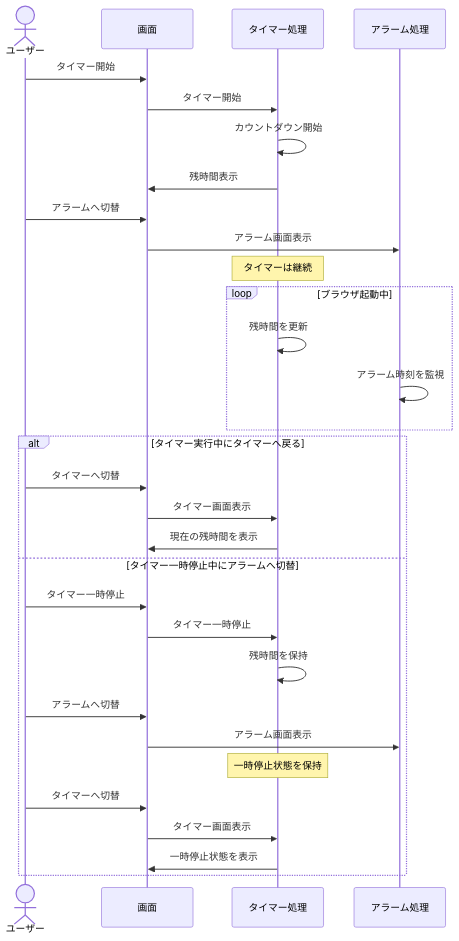
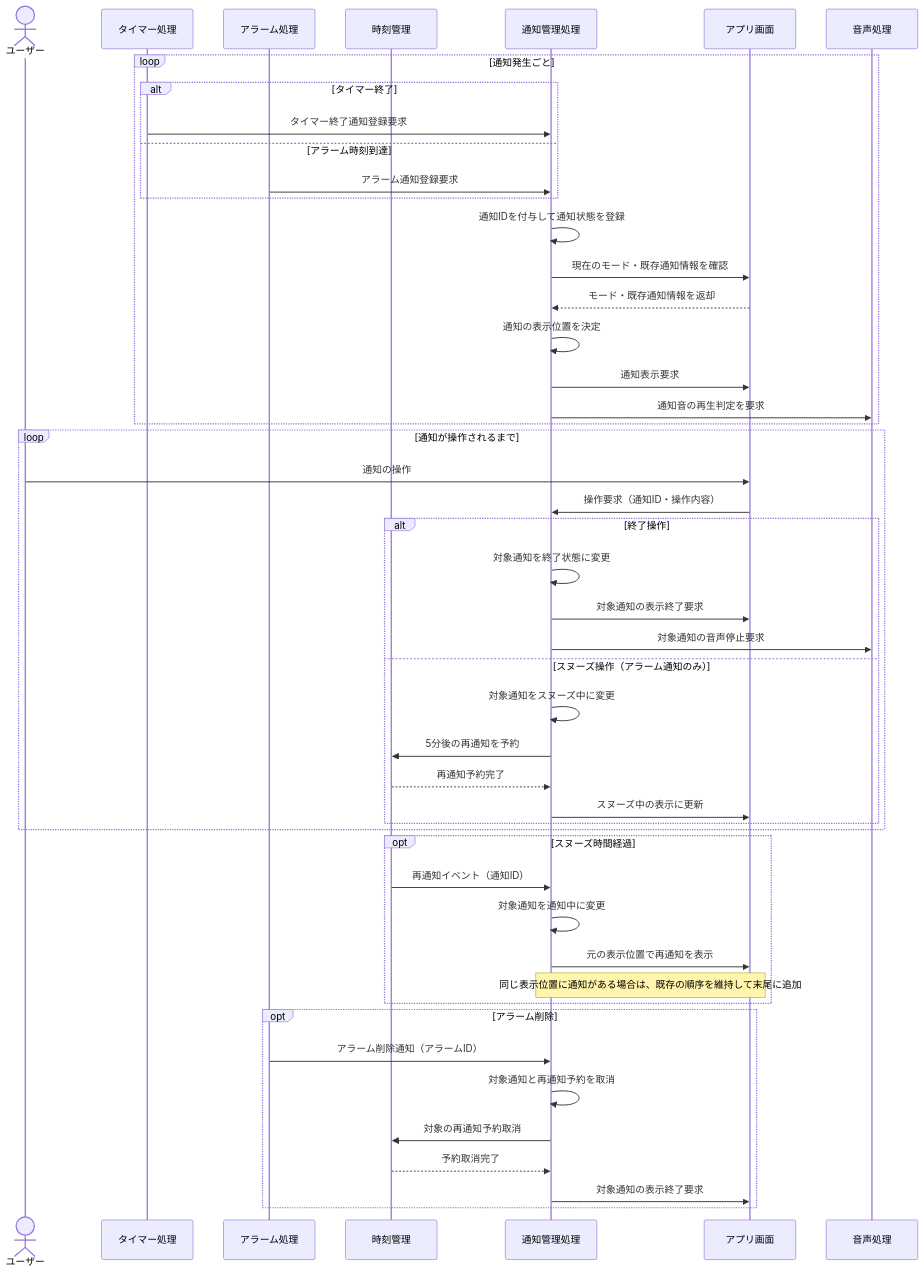
One commit to shun62201234-crypto/timerApplication changed the first of 4 diagrams in document/設計/シーケンス図/共通シーケンス図.md. Above: the diagram before and after it, drawn with Mermaid. The commit also changed other lines of this file, not shown here.

First line of the commit message:
共通シーケンス図修正

````diff
--- a/document/設計/シーケンス図/共通シーケンス図.md
+++ b/document/設計/シーケンス図/共通シーケンス図.md
@@ -5,40 +3,57 @@
 ```mermaid
 sequenceDiagram
-    actor ユーザー
-    participant UI as 画面
+    actor User as ユーザー
     participant Timer as タイマー処理
     participant Alarm as アラーム処理
+    participant Clock as 時刻管理
+    participant Notify as 通知管理処理
+    participant UI as アプリ画面
+    participant Audio as 音声処理
 
-    ユーザー->>UI: タイマー開始
-    UI->>Timer: タイマー開始
-    Timer->>Timer: カウントダウン開始
-    Timer->>UI: 残時間表示
+    loop 通知発生ごと
+        alt タイマー終了
+            Timer->>Notify: タイマー終了通知登録要求
+        else アラーム時刻到達
+            Alarm->>Notify: アラーム通知登録要求
+        end
 
-    ユーザー->>UI: アラームへ切替
-    UI->>Alarm: アラーム画面表示
-    Note over Timer: タイマーは継続
-
-    loop ブラウザ起動中
-        Timer->>Timer: 残時間を更新
-        Alarm->>Alarm: アラーム時刻を監視
+        Notify->>Notify: 通知IDを付与して通知状態を登録
+        Notify->>UI: 現在のモード・既存通知情報を確認
+        UI-->>Notify: モード・既存通知情報を返却
+        Notify->>Notify: 通知の表示位置を決定
+        Notify->>UI: 通知表示要求
+        Notify->>Audio: 通知音の再生判定を要求
     end
 
-    alt タイマー実行中にタイマーへ戻る
-        ユーザー->>UI: タイマーへ切替
-        UI->>Timer: タイマー画面表示
-        Timer->>UI: 現在の残時間を表示
+    loop 通知が操作されるまで
+        User->>UI: 通知の操作
+        UI->>Notify: 操作要求（通知ID・操作内容）
 
-    else タイマー一時停止中にアラームへ切替
-        ユーザー->>UI: タイマー一時停止
-        UI->>Timer: タイマー一時停止
-        Timer->>Timer: 残時間を保持
+        alt 終了操作
+            Notify->>Notify: 対象通知を終了状態に変更
+            Notify->>UI: 対象通知の表示終了要求
+            Notify->>Audio: 対象通知の音声停止要求
 
-        ユーザー->>UI: アラームへ切替
-        UI->>Alarm: アラーム画面表示
-        Note over Timer: 一時停止状態を保持
+        else スヌーズ操作（アラーム通知のみ）
+            Notify->>Notify: 対象通知をスヌーズ中に変更
+            Notify->>Clock: 5分後の再通知を予約
+            Clock-->>Notify: 再通知予約完了
+            Notify->>UI: スヌーズ中の表示に更新
+        end
+    end
 
-        ユーザー->>UI: タイマーへ切替
-        UI->>Timer: タイマー画面表示
-        Timer->>UI: 一時停止状態を表示
+    opt スヌーズ時間経過
+        Clock->>Notify: 再通知イベント（通知ID）
+        Notify->>Notify: 対象通知を通知中に変更
+        Notify->>UI: 元の表示位置で再通知を表示
+        Note over Notify,UI: 同じ表示位置に通知がある場合は、既存の順序を維持して末尾に追加
+    end
+
+    opt アラーム削除
+        Alarm->>Notify: アラーム削除通知（アラームID）
+        Notify->>Notify: 対象通知と再通知予約を取消
+        Notify->>Clock: 対象の再通知予約取消
+        Clock-->>Notify: 予約取消完了
+        Notify->>UI: 対象通知の表示終了要求
     end
 ```
````
